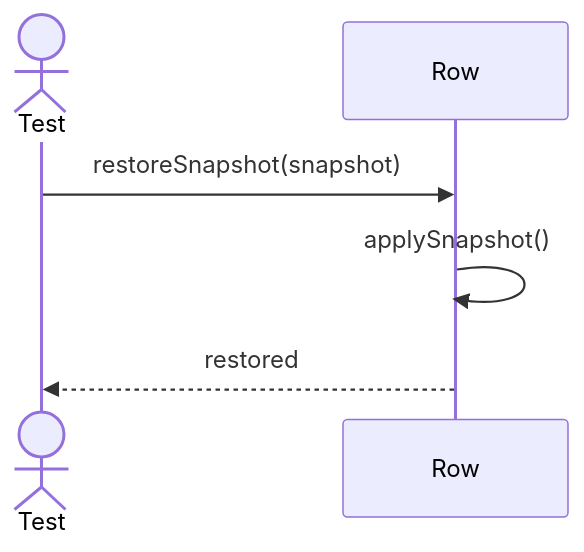
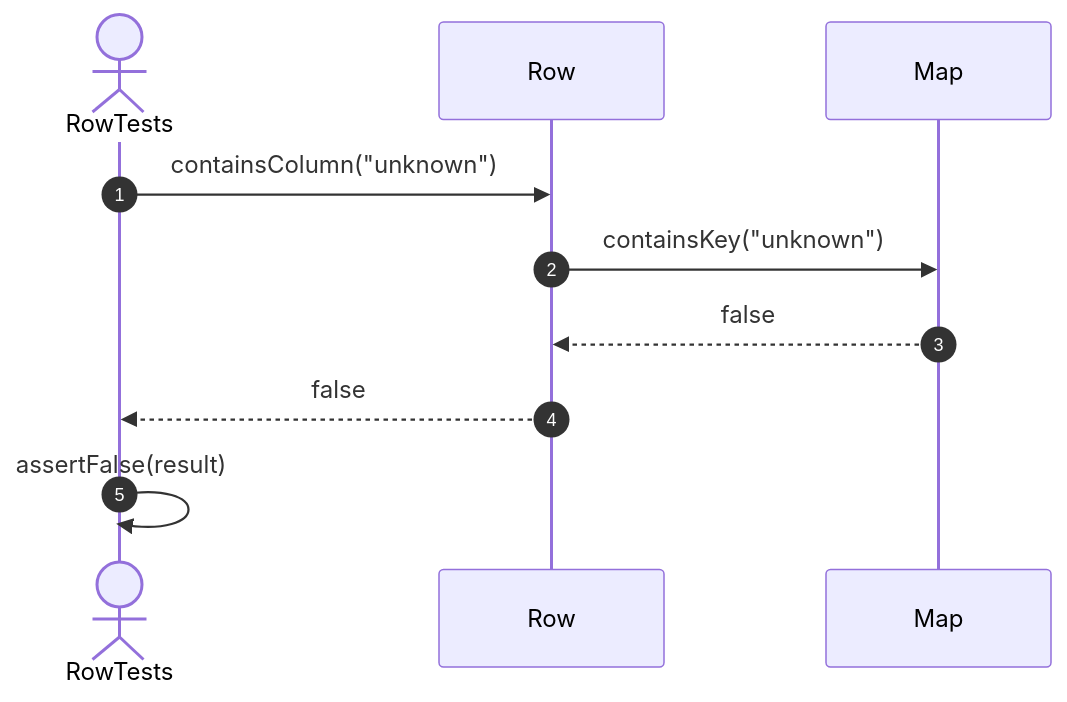
Diagram 15 of 33 in src/tests/unit/metadata/sequences/rows-testing.se.md (FhuAnn/-bbv-AN-s-DBMS), drawn with Mermaid before and after one commit. The commit also changed other lines of this file and 60 other files, not shown here.

Commit message:
refactor data table, row, column, constraint, index test file

````diff
--- a/src/tests/unit/metadata/sequences/rows-testing.se.md
+++ b/src/tests/unit/metadata/sequences/rows-testing.se.md
@@ -278,9 +391,17 @@
 ```mermaid
 sequenceDiagram
-actor Test
-participant Row
+    autonumber
 
-Test->>Row: restoreSnapshot(snapshot)
-Row->>Row: applySnapshot()
-Row-->>Test: restored
+    actor Test as RowTests
+    participant Row as Row
+    participant Values as Map
+
+    Test->>Row: containsColumn("unknown")
+
+    Row->>Values: containsKey("unknown")
+    Values-->>Row: false
+
+    Row-->>Test: false
+
+    Test->>Test: assertFalse(result)
 ```
````
